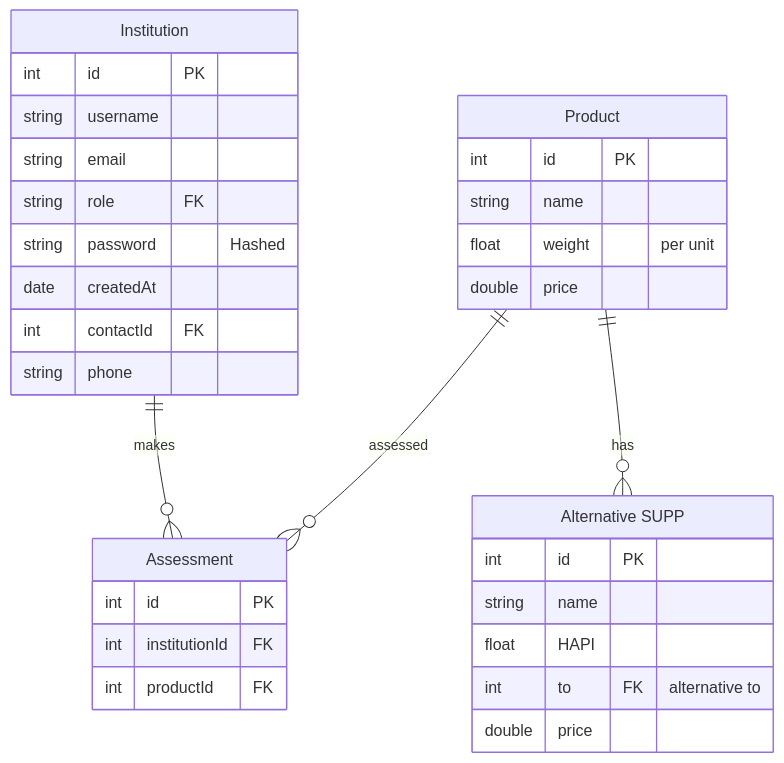
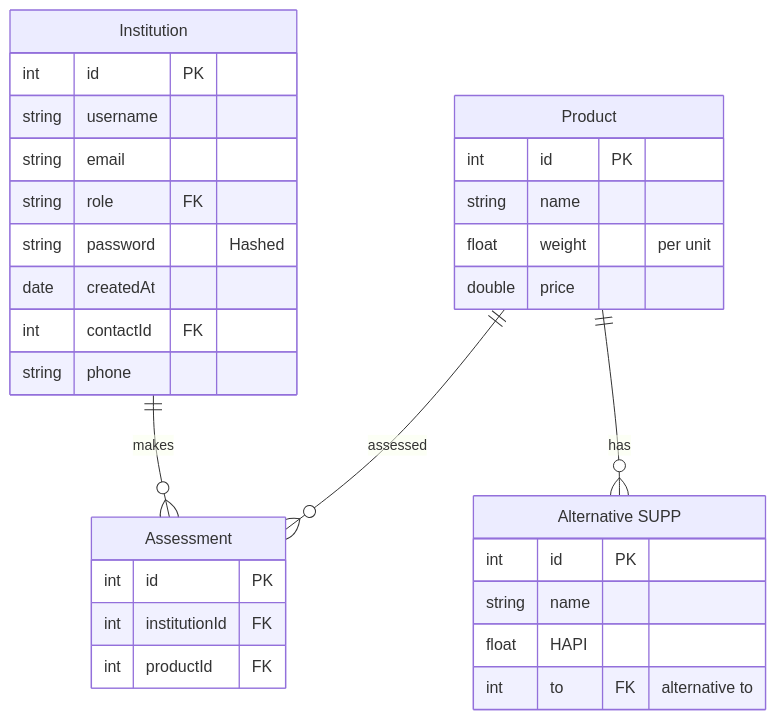
Before and after one commit to SimonStnn/BEMED: the diagram in backend/README.md, drawn with Mermaid.

Commit message:
Update README.md
deleted the price on Alternetive SUPP

````diff
--- a/backend/README.md
+++ b/backend/README.md
@@ -5,38 +5,38 @@
 ```mermaid
 erDiagram
 Institution {
     int id PK
     string username 
     string email
     string role FK
     string password "Hashed"
     date createdAt
     int contactId FK
     string phone
 }
 
 Product {
     int id PK
     string name
     float weight "per unit"
     double price
 }
 
 Alternative["Alternative SUPP"] {
     int id PK
     string name
     float HAPI
     int to FK "alternative to"
-    double price
+    
 }
 
 Assessment {
     int id PK
     int institutionId FK
     int productId FK
 }
 
 Institution ||--o{ Assessment : "makes"
 Product ||--o{ Assessment : "assessed"
 Product ||--o{ Alternative : "has"
 ```
````
